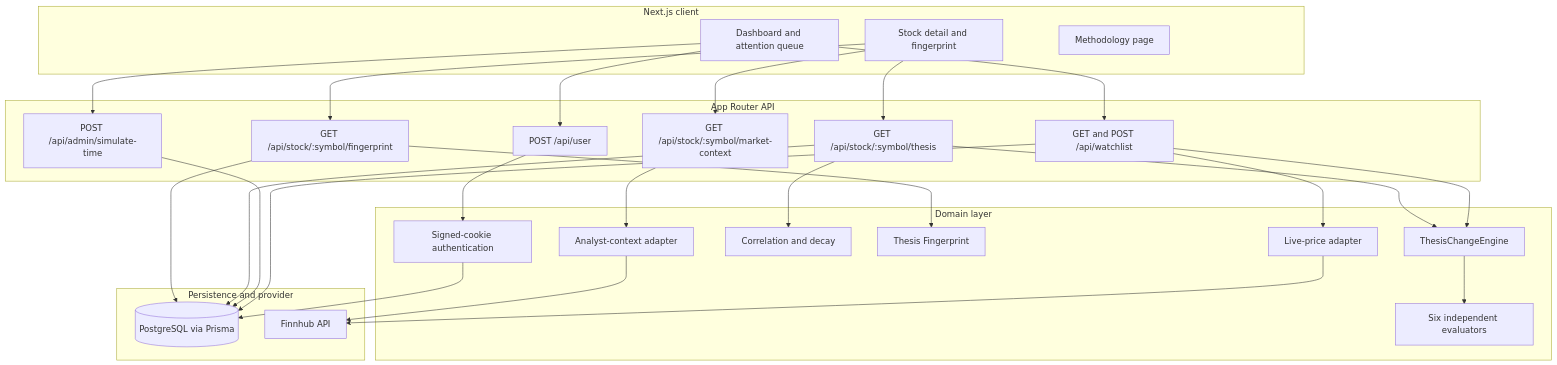
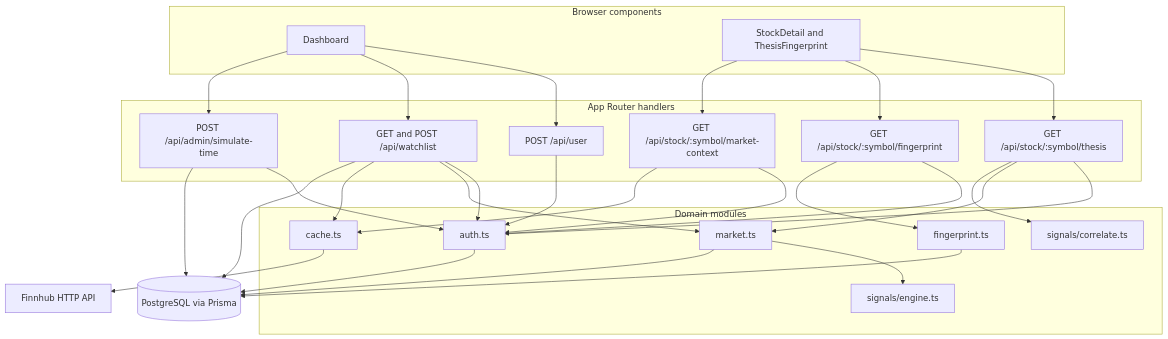
One commit to Adhithi02/Undertow changed the first of 4 diagrams in README.md. Above: the diagram before and after it, drawn with Mermaid. The commit also changed other lines of this file and 3 other files, not shown here.

````diff
--- a/README.md
+++ b/README.md
@@ -109,54 +113,51 @@
 ```mermaid
 flowchart TB
-  subgraph client[Next.js client]
-    dashboard["Dashboard and attention queue"]
-    detail["Stock detail and fingerprint"]
-    guide["Methodology page"]
+  subgraph browser[Browser components]
+    dashboard["Dashboard"]
+    detail["StockDetail and ThesisFingerprint"]
   end
 
-  subgraph routes[App Router API]
+  subgraph routes[App Router handlers]
     userRoute["POST /api/user"]
     watchlistRoute["GET and POST /api/watchlist"]
     thesisRoute["GET /api/stock/:symbol/thesis"]
     fingerprintRoute["GET /api/stock/:symbol/fingerprint"]
     contextRoute["GET /api/stock/:symbol/market-context"]
     simulateRoute["POST /api/admin/simulate-time"]
   end
 
-  subgraph domain[Domain layer]
-    auth["Signed-cookie authentication"]
-    engine["ThesisChangeEngine"]
-    evaluators["Six independent evaluators"]
-    decay["Correlation and decay"]
-    anomaly["Thesis Fingerprint"]
-    priceAdapter["Live-price adapter"]
-    consensusAdapter["Analyst-context adapter"]
+  subgraph domain[Domain modules]
+    auth["auth.ts"]
+    market["market.ts"]
+    engine["signals/engine.ts"]
+    correlate["signals/correlate.ts"]
+    fingerprint["fingerprint.ts"]
+    cache["cache.ts"]
   end
 
-  subgraph data[Persistence and provider]
-    db[("PostgreSQL via Prisma")]
-    finnhub["Finnhub API"]
-  end
+  db[(PostgreSQL via Prisma)]
+  finnhub["Finnhub HTTP API"]
 
   dashboard --> userRoute
   dashboard --> watchlistRoute
   dashboard --> simulateRoute
   detail --> thesisRoute
   detail --> fingerprintRoute
   detail --> contextRoute
-  userRoute --> auth
-  auth --> db
-  watchlistRoute --> engine
-  watchlistRoute --> priceAdapter
+
+  userRoute --> auth --> db
+  watchlistRoute --> auth
+  watchlistRoute --> market --> engine
+  watchlistRoute --> cache --> finnhub
   watchlistRoute --> db
+  thesisRoute --> auth
+  thesisRoute --> market
+  thesisRoute --> correlate
+  fingerprintRoute --> auth
+  fingerprintRoute --> fingerprint --> db
+  contextRoute --> auth
+  contextRoute --> cache
+  simulateRoute --> auth
   simulateRoute --> db
-  thesisRoute --> engine
-  thesisRoute --> decay
-  thesisRoute --> db
-  engine --> evaluators
-  fingerprintRoute --> anomaly
-  fingerprintRoute --> db
-  contextRoute --> consensusAdapter
-  priceAdapter --> finnhub
-  consensusAdapter --> finnhub
+  market --> db
 ```
````
